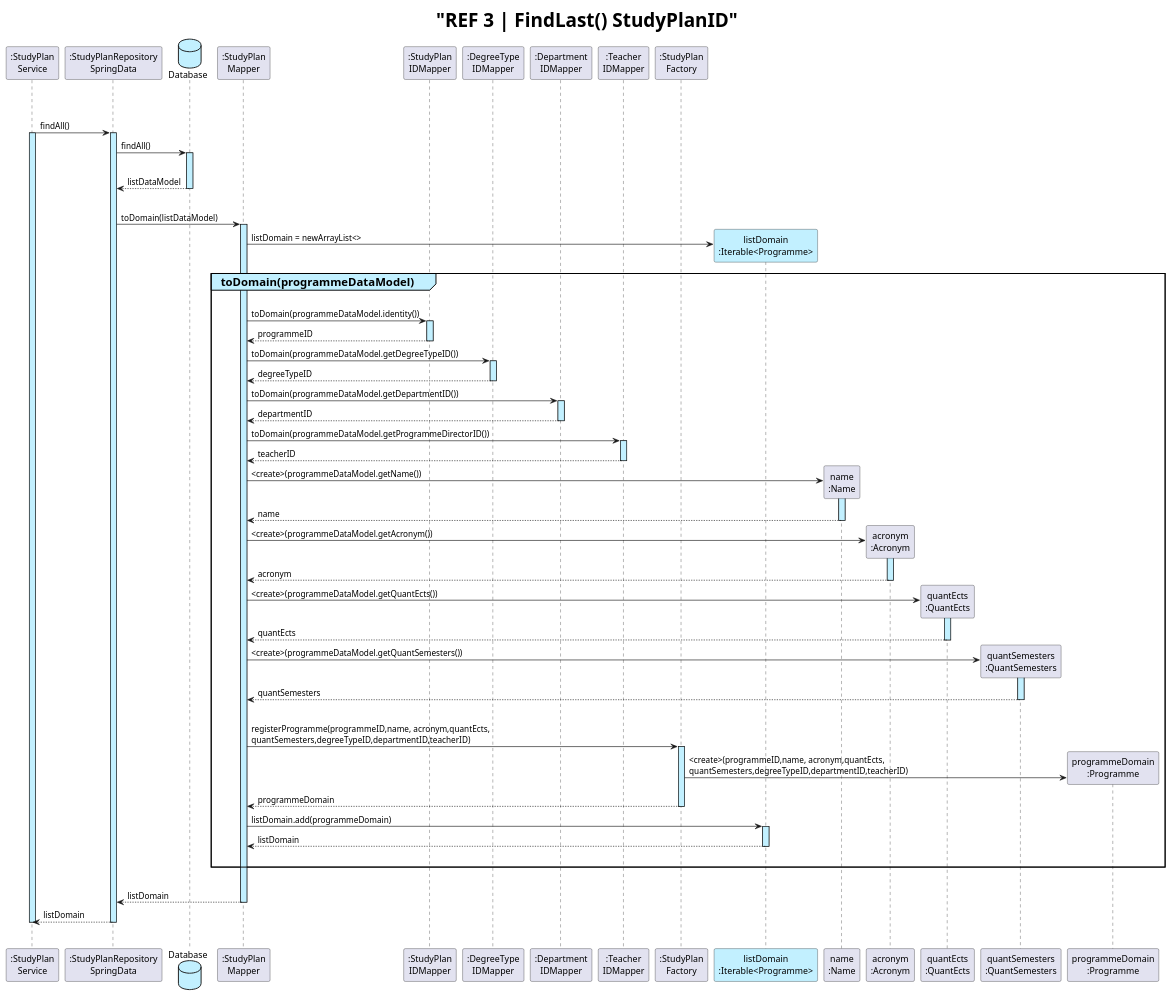
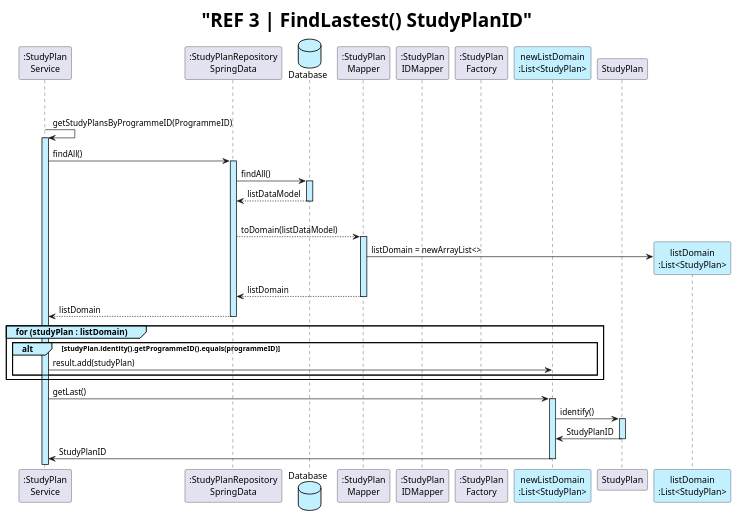
One commit to GasparISEP/DevOps-PAI changed the diagram in docs/US03/REF3.puml. Above: the diagram before and after it, drawn with PlantUML.

Commit message:
doc: Update Sequence Diagram for REF3 #300

```diff
--- a/docs/US03/REF3.puml
+++ b/docs/US03/REF3.puml
@@ -1,69 +1,40 @@
 @startuml
-title <size:30>"REF 3 | FindLast() StudyPlanID"</size>
+title <size:30>"REF 3 | FindLastest() StudyPlanID"</size>
 |||
 participant ":StudyPlan\nService" as Service
 participant ":StudyPlanRepository\nSpringData" as Repository
 database "Database" as DT #application
-participant ":StudyPlan\nMapper" as PM
-participant ":StudyPlan\nIDMapper" as PIM
-participant ":DegreeType\nIDMapper" as DTIDM
-participant ":Department\nIDMapper" as DIDM
-participant ":Teacher\nIDMapper" as TIDM
+participant ":StudyPlan\nMapper" as SM
+participant ":StudyPlan\nIDMapper" as SIM
 participant ":StudyPlan\nFactory" as F
+participant "newListDomain\n:List<StudyPlan>" as NL #application
+participant "StudyPlan" as SP
 
 skinparam sequenceLifeLineBackgroundColor #application
 |||
-Service-> Repository++: findAll()
-Service ++
-Repository-> DT ++: findAll()
-|||
+Service -> Service ++ : getStudyPlansByProgrammeID(ProgrammeID)
+
+Service -> Repository ++  : findAll()
+Repository -> DT ++ :findAll()
 DT --> Repository --: listDataModel
 |||
-Repository -> PM ++: toDomain(listDataModel)
-create "listDomain\n:Iterable<Programme>" as DomainList #application
-PM -> DomainList : listDomain = newArrayList<>
+Repository --> SM ++: toDomain(listDataModel)
 
-group#application <size:18>toDomain(programmeDataModel) </size>
-|||
-PM -> PIM ++: toDomain(programmeDataModel.identity())
-PIM --> PM --: programmeID
-PM -> DTIDM ++: toDomain(programmeDataModel.getDegreeTypeID())
-DTIDM--> PM --: degreeTypeID
-PM -> DIDM ++: toDomain(programmeDataModel.getDepartmentID())
-DIDM --> PM --: departmentID
-PM -> TIDM ++: toDomain(programmeDataModel.getProgrammeDirectorID())
-TIDM --> PM --: teacherID
-create "name\n:Name" as NM
-PM -> NM ++: <create>(programmeDataModel.getName())
-NM --> PM --: name
-create "acronym\n:Acronym" as AC
-PM -> AC ++: <create>(programmeDataModel.getAcronym())
-AC --> PM --: acronym
-create "quantEcts\n:QuantEcts" as QE
-PM -> QE ++: <create>(programmeDataModel.getQuantEcts())
-QE --> PM --: quantEcts
-create "quantSemesters\n:QuantSemesters" as QS
-PM -> QS ++: <create>(programmeDataModel.getQuantSemesters())
-QS --> PM --: quantSemesters
-|||
-PM -> F ++: registerProgramme(programmeID,name, acronym,quantEcts,\nquantSemesters,degreeTypeID,departmentID,teacherID)
-create "programmeDomain\n:Programme" as programmeDomain
-F -> programmeDomain :<create>(programmeID,name, acronym,quantEcts,\nquantSemesters,degreeTypeID,departmentID,teacherID)
-F --> PM --: programmeDomain
-PM -> DomainList ++:listDomain.add(programmeDomain)
-DomainList -->PM --:listDomain
-|||
-end
-|||
-PM --> Repository --: listDomain
+create "listDomain\n:List<StudyPlan>" as DomainList #application
+SM -> DomainList : listDomain = newArrayList<>
+SM --> Repository -- :listDomain
+
+
 Repository --> Service --: listDomain
 
-
-
-Service --
-|||
-
-
-
+group#application for (studyPlan : listDomain)
+    alt#application studyPlan.identity().getProgrammeID().equals(programmeID)
+        Service -> NL : result.add(studyPlan)
+    end
+end
+Service -> NL ++: getLast()
+NL -> SP ++: identify()
+SP -> NL --: StudyPlanID
+NL -> Service --: StudyPlanID
 
 @enduml
```
